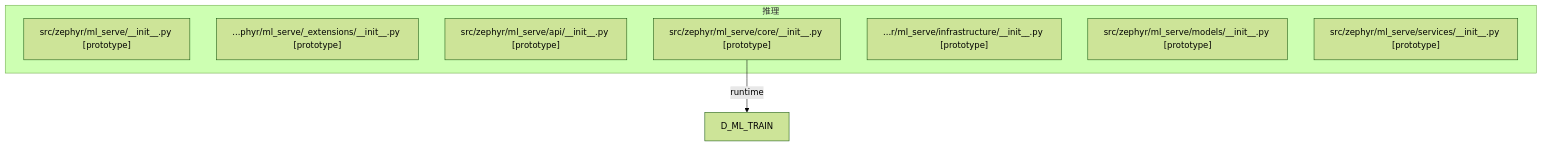
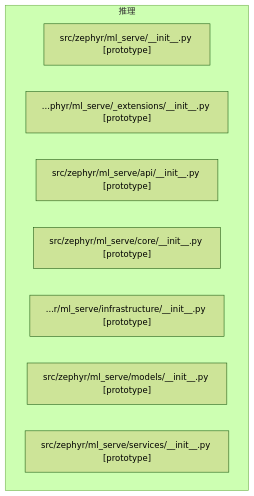
One commit to xuanFelixVan/ZephyrAlpha changed the diagram in docs/02_enterprise_architecture/generated/domains/d_ml_serve_dependency.mmd. Above: the diagram before and after it, drawn with Mermaid (forest theme). The commit also changed 125 other files, not shown here.

```diff
--- a/docs/02_enterprise_architecture/generated/domains/d_ml_serve_dependency.mmd
+++ b/docs/02_enterprise_architecture/generated/domains/d_ml_serve_dependency.mmd
@@ -1,30 +1,28 @@
 %% D_ML_SERVE 域全景依赖图
-%% 生成时间: 2026-07-18 03:10:53
+%% 生成时间: 2026-07-18 03:22:57
 %% 数据源: depgraph (PostgreSQL) nodes表 + edges表
-%% 模块数: 7, 依赖边数: 1
+%% 模块数: 7, 依赖边数: 0
 
 graph TD
 
     %% 域内模块（最多显示 100 个）
     subgraph D_ML_SERVE[推理]
         src_zephyr_ml_serve___init___py["src/zephyr/ml_serve/__init__.py [prototype]"]
         src_zephyr_ml_serve__extensions___init___py["...phyr/ml_serve/_extensions/__init__.py [prototype]"]
         src_zephyr_ml_serve_api___init___py["src/zephyr/ml_serve/api/__init__.py [prototype]"]
         src_zephyr_ml_serve_core___init___py["src/zephyr/ml_serve/core/__init__.py [prototype]"]
         src_zephyr_ml_serve_infrastructure___init___py["...r/ml_serve/infrastructure/__init__.py [prototype]"]
         src_zephyr_ml_serve_models___init___py["src/zephyr/ml_serve/models/__init__.py [prototype]"]
         src_zephyr_ml_serve_services___init___py["src/zephyr/ml_serve/services/__init__.py [prototype]"]
     end
 
     %% 域内依赖（最多显示 80 条）
 
     %% 跨域依赖（入）- 最多显示 30 条
 
     %% 跨域依赖（出）- 最多显示 30 条
-    %% D_ML_SERVE -> D_ML_TRAIN (1 条)
-    src_zephyr_ml_serve_core___init___py -->|runtime| D_ML_TRAIN[D_ML_TRAIN]
 
     %% 统计
     %% 域内依赖: 0 条
     %% 跨域入边: 0 条
-    %% 跨域出边: 1 条
+    %% 跨域出边: 0 条
```
